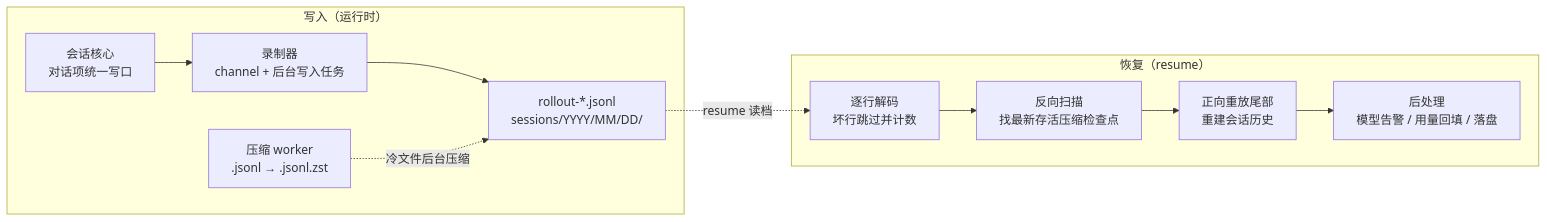
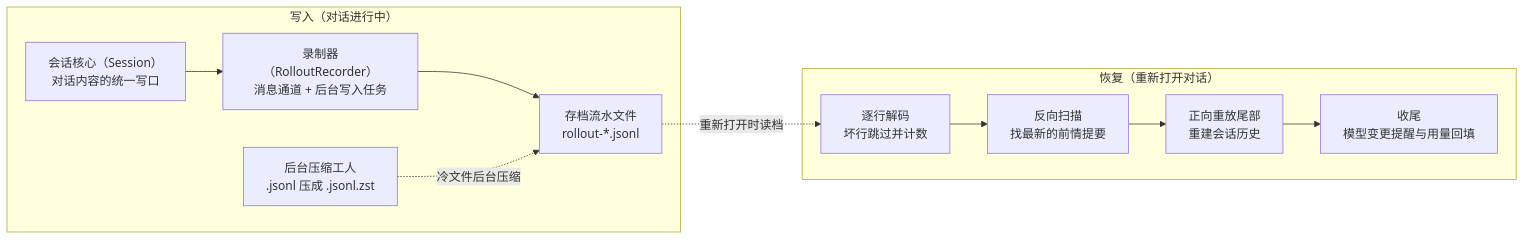
The diagram in src/part3/persistence.md (13927/codex-book), drawn with Mermaid before and after one commit. The commit also changed other lines of this file and 14 other files, not shown here.

````diff
--- a/src/part3/persistence.md
+++ b/src/part3/persistence.md
@@ -37,21 +49,21 @@
 ```mermaid
 flowchart LR
-    subgraph WRITE["写入（运行时）"]
-        CORE["会话核心<br/>对话项统一写口"]
-        REC["录制器<br/>channel + 后台写入任务"]
-        FILE["rollout-*.jsonl<br/>sessions/YYYY/MM/DD/"]
-        ZST["压缩 worker<br/>.jsonl → .jsonl.zst"]
+    subgraph WRITE["写入（对话进行中）"]
+        CORE["会话核心（Session）<br/>对话内容的统一写口"]
+        REC["录制器（RolloutRecorder）<br/>消息通道 + 后台写入任务"]
+        FILE["存档流水文件<br/>rollout-*.jsonl"]
+        ZST["后台压缩工人<br/>.jsonl 压成 .jsonl.zst"]
         CORE --> REC --> FILE
         ZST -. "冷文件后台压缩" .-> FILE
     end
 
-    subgraph READ["恢复（resume）"]
+    subgraph READ["恢复（重新打开对话）"]
         R1["逐行解码<br/>坏行跳过并计数"]
-        R2["反向扫描<br/>找最新存活压缩检查点"]
+        R2["反向扫描<br/>找最新的前情提要"]
         R3["正向重放尾部<br/>重建会话历史"]
-        R4["后处理<br/>模型告警 / 用量回填 / 落盘"]
+        R4["收尾<br/>模型变更提醒与用量回填"]
         R1 --> R2 --> R3 --> R4
     end
 
-    FILE -. "resume 读档" .-> R1
+    FILE -. "重新打开时读档" .-> R1
 ```
````
